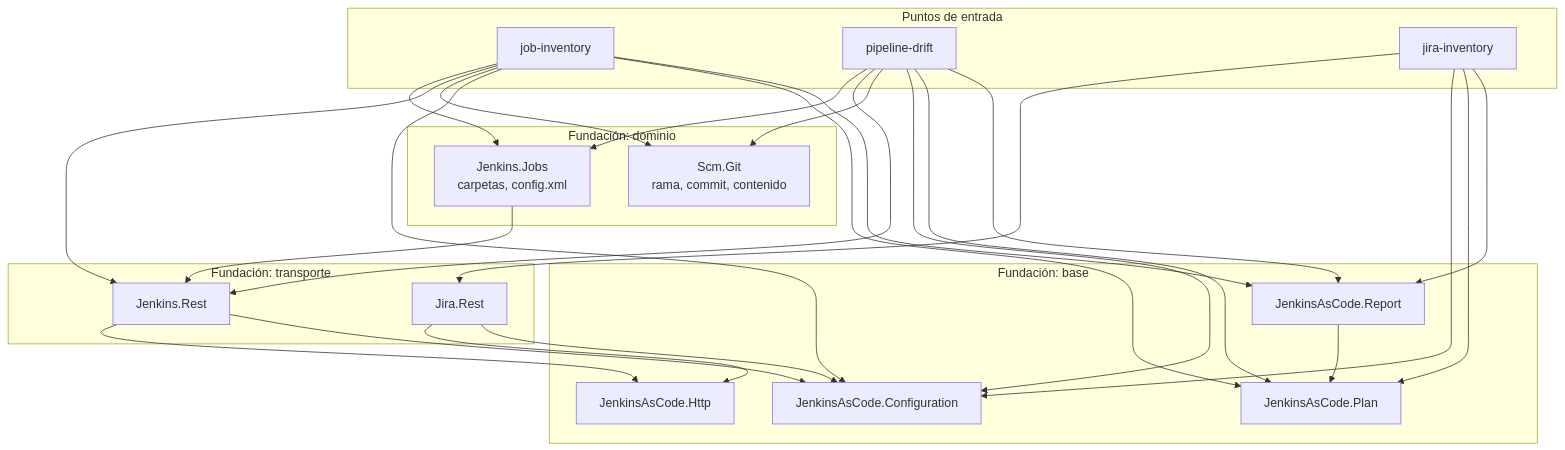
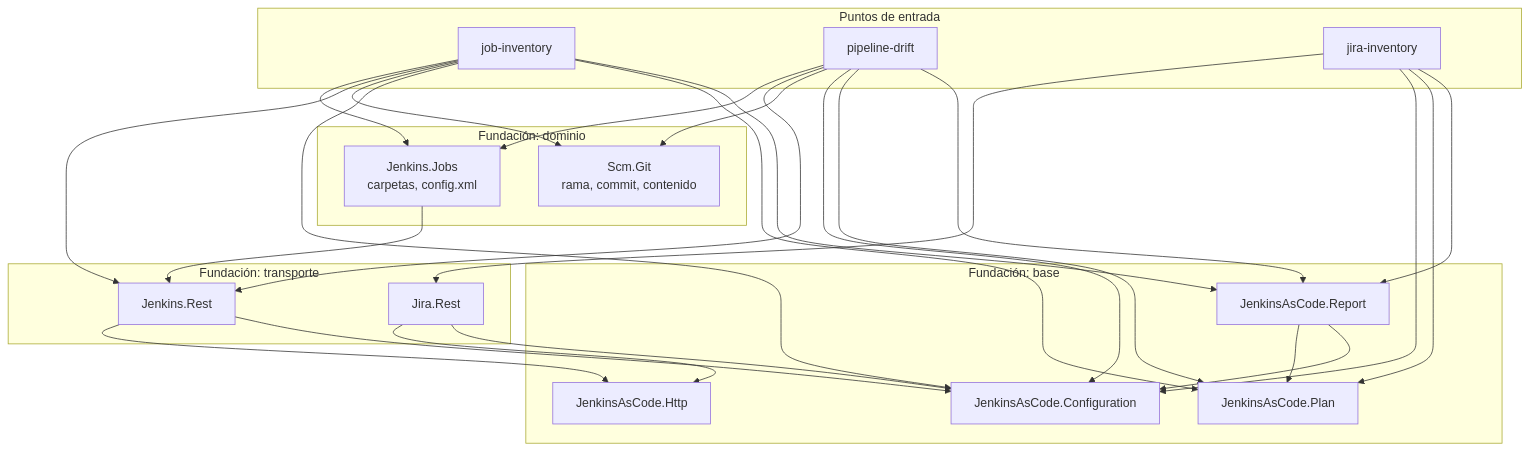
One commit to nehemias1999/Jenkins_AsCode changed the diagram in docs/reference/architecture.md. Above: the diagram before and after it, drawn with Mermaid. The commit also changed other lines of this file and 7 other files, not shown here.

````diff
--- a/docs/reference/architecture.md
+++ b/docs/reference/architecture.md
@@ -16,48 +16,49 @@
 ```mermaid
 flowchart TD
     subgraph entry [Puntos de entrada]
         JI[job-inventory]
         PD[pipeline-drift]
         QI[jira-inventory]
     end
 
     subgraph domain [Fundación: dominio]
         JJ[Jenkins.Jobs<br/>carpetas, config.xml]
         SG[Scm.Git<br/>rama, commit, contenido]
     end
 
     subgraph transport [Fundación: transporte]
         JR[Jenkins.Rest]
         QR[Jira.Rest]
     end
 
     subgraph base [Fundación: base]
         CF[JenkinsAsCode.Configuration]
         HT[JenkinsAsCode.Http]
         PL[JenkinsAsCode.Plan]
         RP[JenkinsAsCode.Report]
     end
 
     JI --> JJ
     JI --> JR
     JI --> SG
     PD --> JJ
     PD --> JR
     PD --> SG
     QI --> QR
     JI --> CF
     JI --> PL
     JI --> RP
     PD --> CF
     PD --> PL
     PD --> RP
     QI --> CF
     QI --> PL
     QI --> RP
     JJ --> JR
     JR --> HT
     JR --> CF
     QR --> HT
     QR --> CF
     RP --> PL
+    RP --> CF
 ```
````
